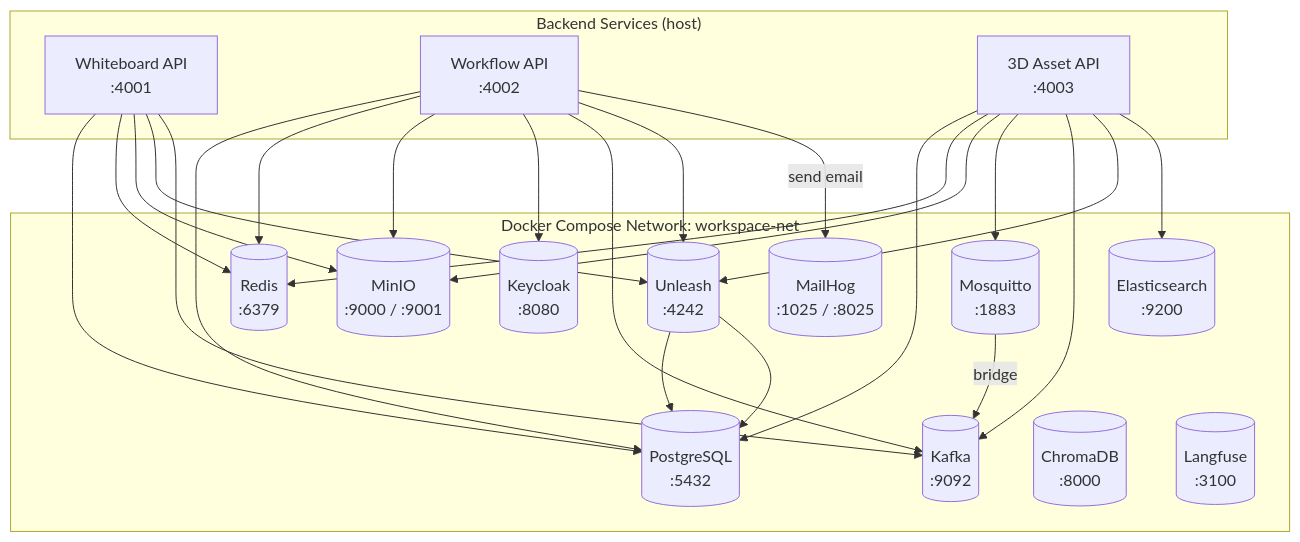
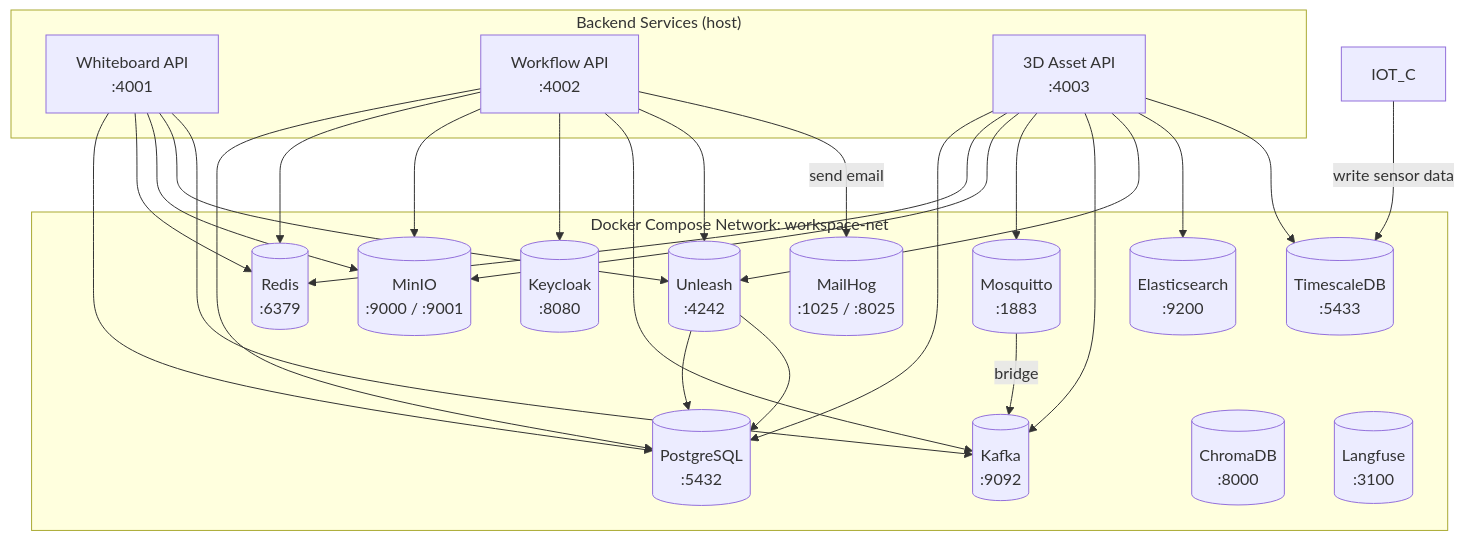
Before and after one commit to Eyolf6Coyote7/Eyolf6Coyote7: the diagram in docs/global_infra.md, drawn with Mermaid. The commit also changed other lines of this file and 1 other file, not shown here.

First line of the commit message:
📘docs#32: add TimescaleDB for IoT time-series data (3D Asset)

````diff
--- a/docs/global_infra.md
+++ b/docs/global_infra.md
@@ -9,45 +9,48 @@
 ```mermaid
 graph TD
   subgraph "Docker Compose Network: workspace-net"
     PG[(PostgreSQL<br/>:5432)]
     RD[(Redis<br/>:6379)]
     MIO[(MinIO<br/>:9000 / :9001)]
     KC[(Keycloak<br/>:8080)]
     MQ[(Mosquitto<br/>:1883)]
     KF[(Kafka<br/>:9092)]
     UL[(Unleash<br/>:4242)]
     MH[(MailHog<br/>:1025 / :8025)]
     CHR[(ChromaDB<br/>:8000)]
     ES[(Elasticsearch<br/>:9200)]
+    TS[(TimescaleDB<br/>:5433)]
     LF[(Langfuse<br/>:3100)]
   end
 
   subgraph "Backend Services (host)"
     WB[Whiteboard API<br/>:4001]
     WF[Workflow API<br/>:4002]
     TD[3D Asset API<br/>:4003]
   end
 
   WB --> PG
   WB --> RD
   WB --> MIO
   WB --> UL
   WB --> KF
   WF --> PG
   WF --> RD
   WF --> MIO
   WF --> KC
   WF --> KF
   WF --> UL
   WF -->|send email| MH
   TD --> PG
   TD --> RD
   TD --> MIO
   TD --> MQ
   MQ -->|bridge| KF
   TD --> KF
   TD --> UL
   TD --> ES
+  TD --> TS
+  IOT_C -->|write sensor data| TS
   UL --> PG
   UL --> PG
 ```
````
